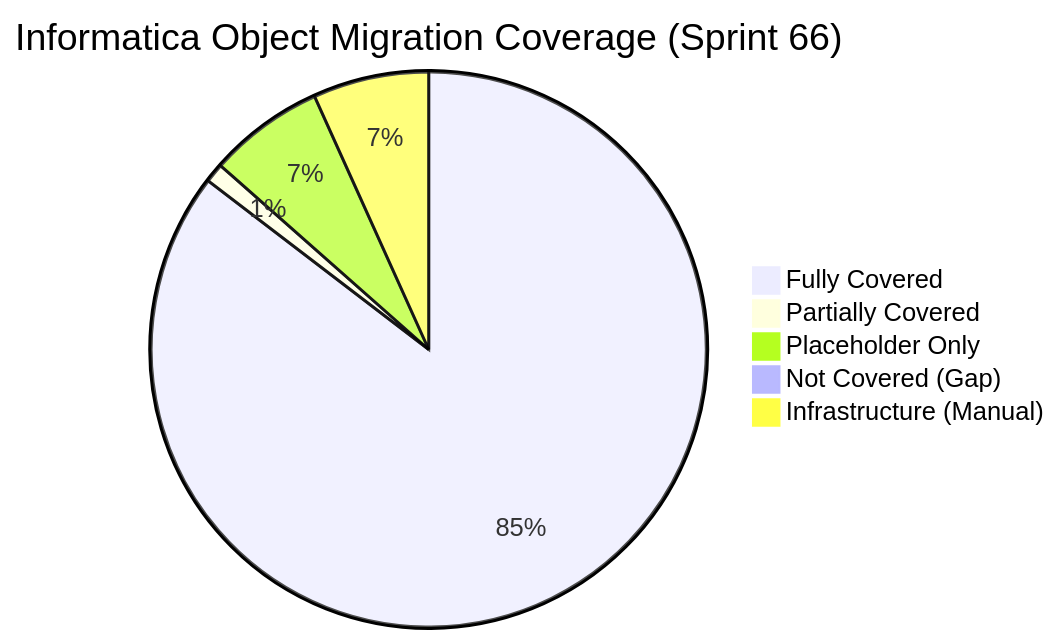
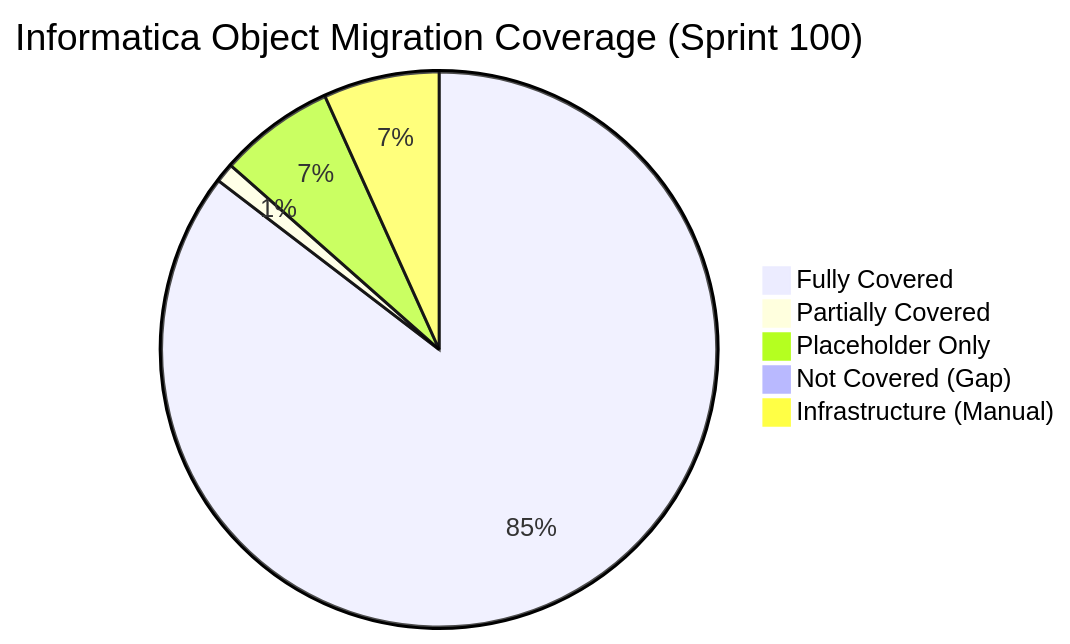
Before and after one commit to cyphou/InformaticaToFabric: the first of 3 diagrams in GAP_ANALYSIS.md, drawn with Mermaid. The commit also changed other lines of this file and 8 other files, not shown here.

````diff
--- a/GAP_ANALYSIS.md
+++ b/GAP_ANALYSIS.md
@@ -37,8 +37,8 @@
 ```mermaid
-pie title Informatica Object Migration Coverage (Sprint 66)
+pie title Informatica Object Migration Coverage (Sprint 100)
     "Fully Covered" : 76
     "Partially Covered" : 1
     "Placeholder Only" : 6
     "Not Covered (Gap)" : 0
     "Infrastructure (Manual)" : 6
 ```
````
